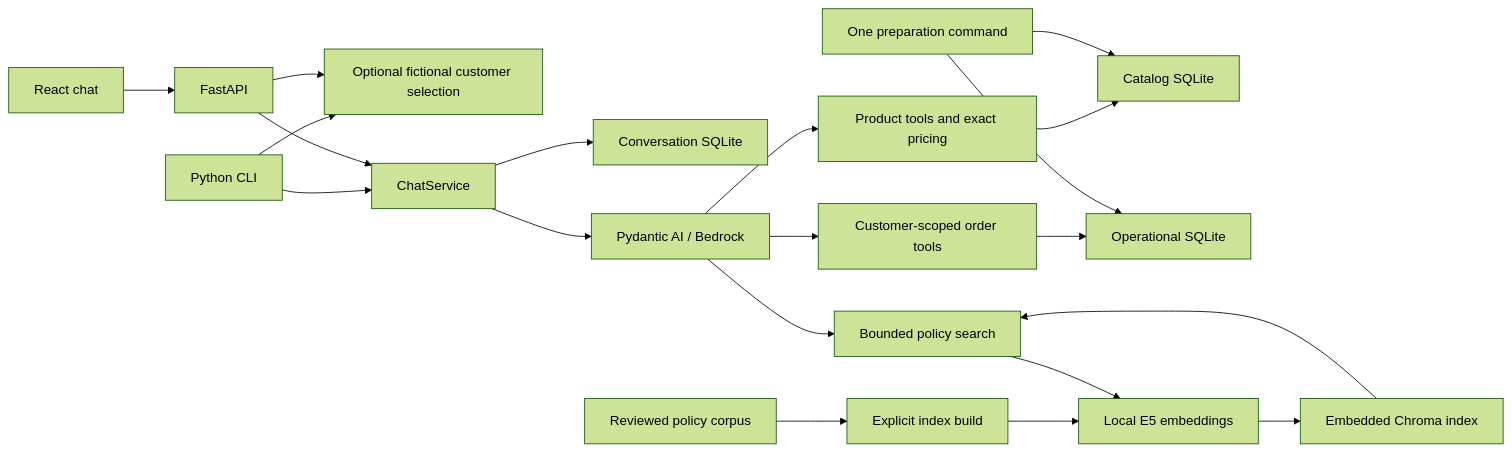
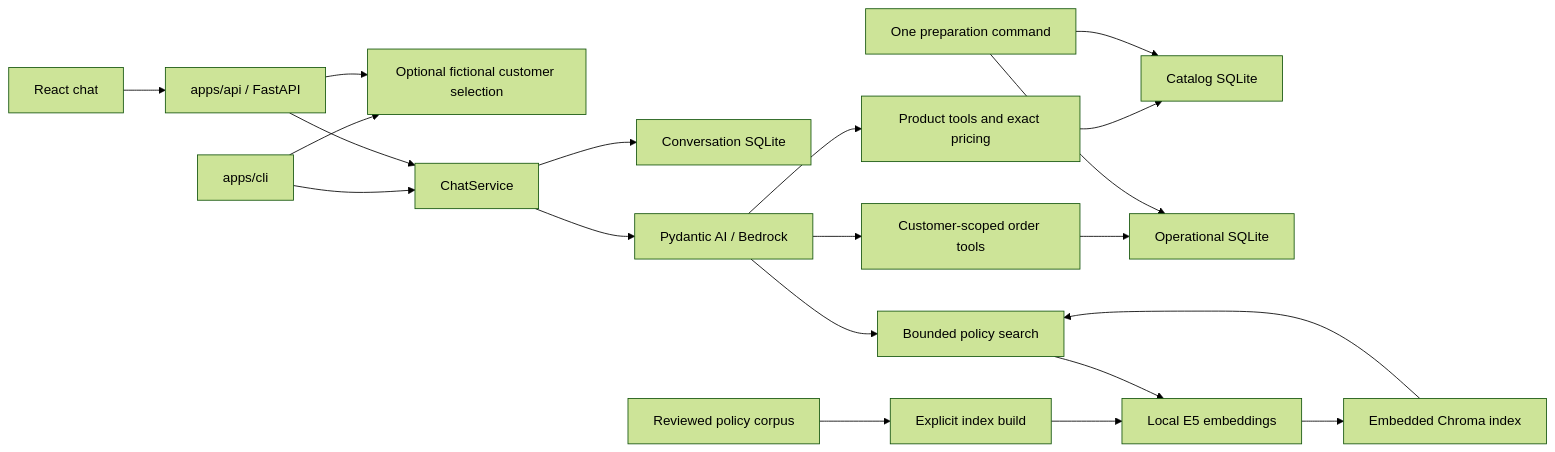
One commit to rafaself/atf-ai-engineer-challenge changed the diagram in docs/architecture.md. Above: the diagram before and after it, drawn with Mermaid (forest theme). The commit also changed other lines of this file and 29 other files, not shown here.

First line of the commit message:
docs(architecture): document modular monolith layout

````diff
--- a/docs/architecture.md
+++ b/docs/architecture.md
@@ -10,22 +11,22 @@
 ```mermaid
 flowchart LR
     React[React chat] --> HTTP
-    CLI[Python CLI] --> Selection
+    CLI[apps/cli] --> Selection
     CLI --> Chat
-    HTTP[FastAPI] --> Selection[Optional fictional customer selection]
+    HTTP[apps/api / FastAPI] --> Selection[Optional fictional customer selection]
     HTTP --> Chat[ChatService]
     Chat --> History[Conversation SQLite]
     Chat --> Agent[Pydantic AI / Bedrock]
     Agent --> Products[Product tools and exact pricing]
     Agent --> Orders[Customer-scoped order tools]
     Agent --> Policy[Bounded policy search]
     Products --> Catalog[Catalog SQLite]
     Orders --> Operations[Operational SQLite]
     Corpus[Reviewed policy corpus] --> IndexBuild[Explicit index build]
     IndexBuild --> E5[Local E5 embeddings]
     Policy --> E5
     E5 --> Chroma[Embedded Chroma index]
     Chroma --> Policy
     Prepare[One preparation command] --> Catalog
     Prepare --> Operations
 ```
````
